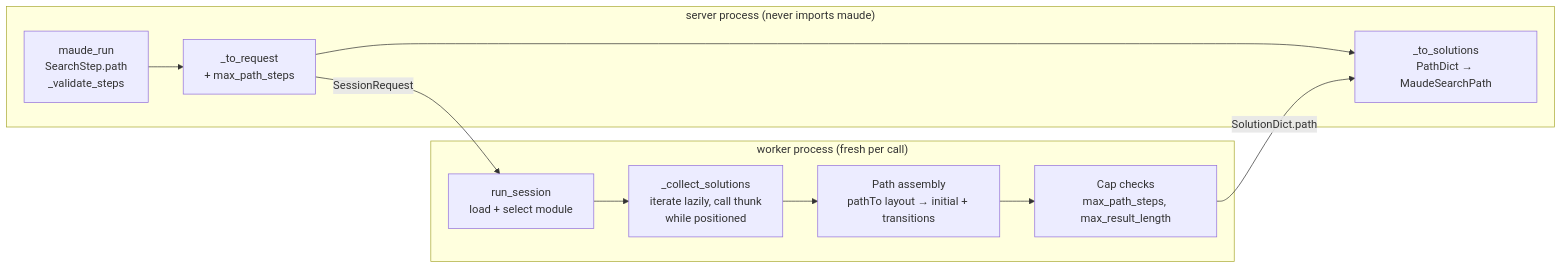
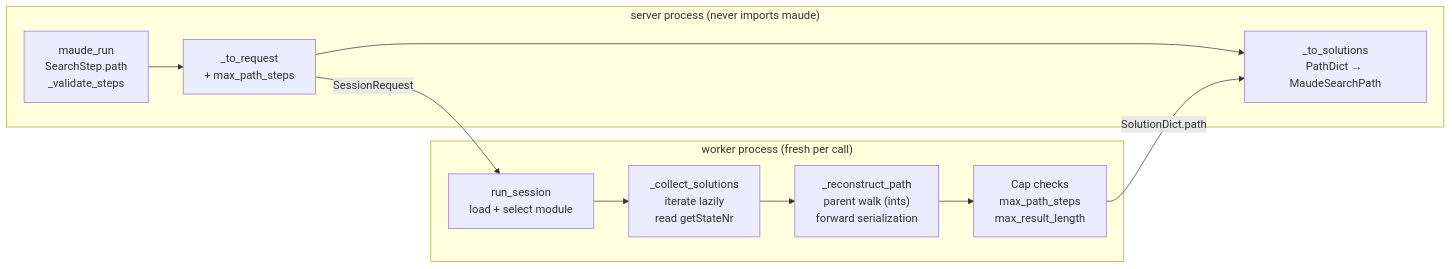
The first of 2 diagrams in harold-mcp/.agents/planning/maude_eval_search_path/design/detailed-design.md (demiourgoi/Harold), drawn with Mermaid before and after one commit. The commit also changed other lines of this file, not shown here.

````diff
--- a/harold-mcp/.agents/planning/maude_eval_search_path/design/detailed-design.md
+++ b/harold-mcp/.agents/planning/maude_eval_search_path/design/detailed-design.md
@@ -84,18 +97,18 @@
 ```mermaid
 flowchart LR
     subgraph server["server process (never imports maude)"]
         T["maude_run<br/>SearchStep.path<br/>_validate_steps"]
         R["_to_request<br/>+ max_path_steps"]
         A["_to_solutions<br/>PathDict → MaudeSearchPath"]
         T --> R --> A
     end
     subgraph worker["worker process (fresh per call)"]
         E["run_session<br/>load + select module"]
-        C["_collect_solutions<br/>iterate lazily, call thunk<br/>while positioned"]
-        P["Path assembly<br/>pathTo layout → initial + transitions"]
-        K["Cap checks<br/>max_path_steps, max_result_length"]
+        C["_collect_solutions<br/>iterate lazily<br/>read getStateNr"]
+        P["_reconstruct_path<br/>parent walk (ints)<br/>forward serialization"]
+        K["Cap checks<br/>max_path_steps<br/>max_result_length"]
         E --> C --> P --> K
     end
     R -->|"SessionRequest"| E
     K -->|"SolutionDict.path"| A
 ```
````
